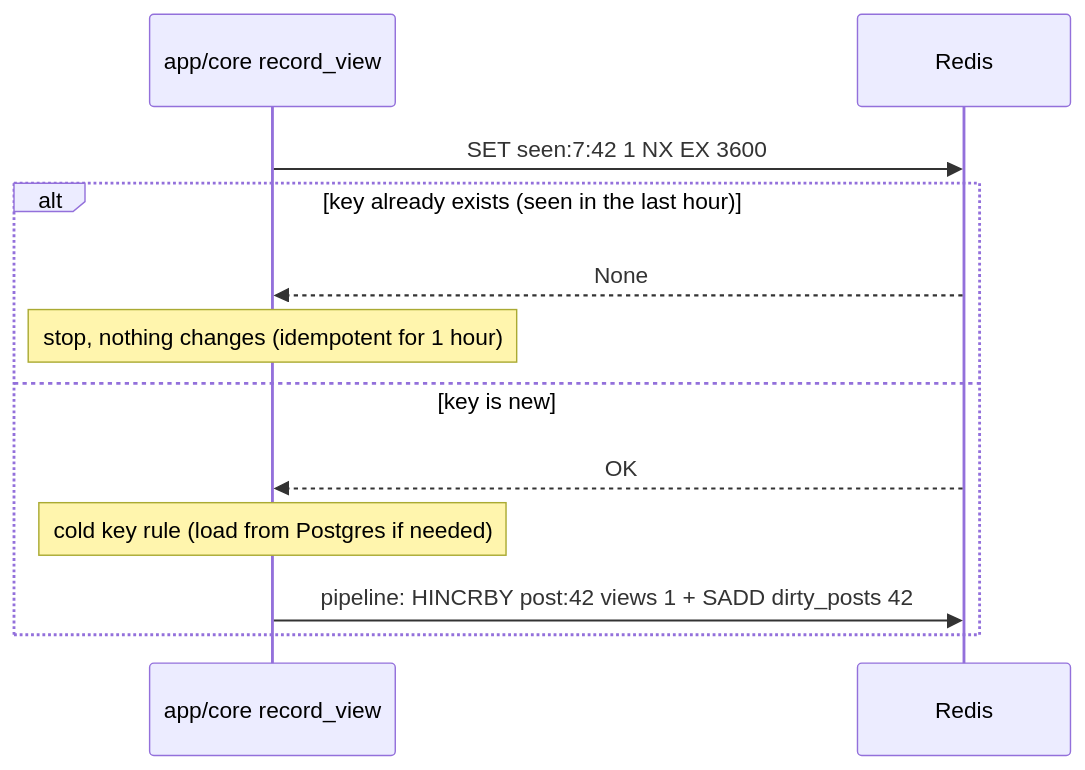
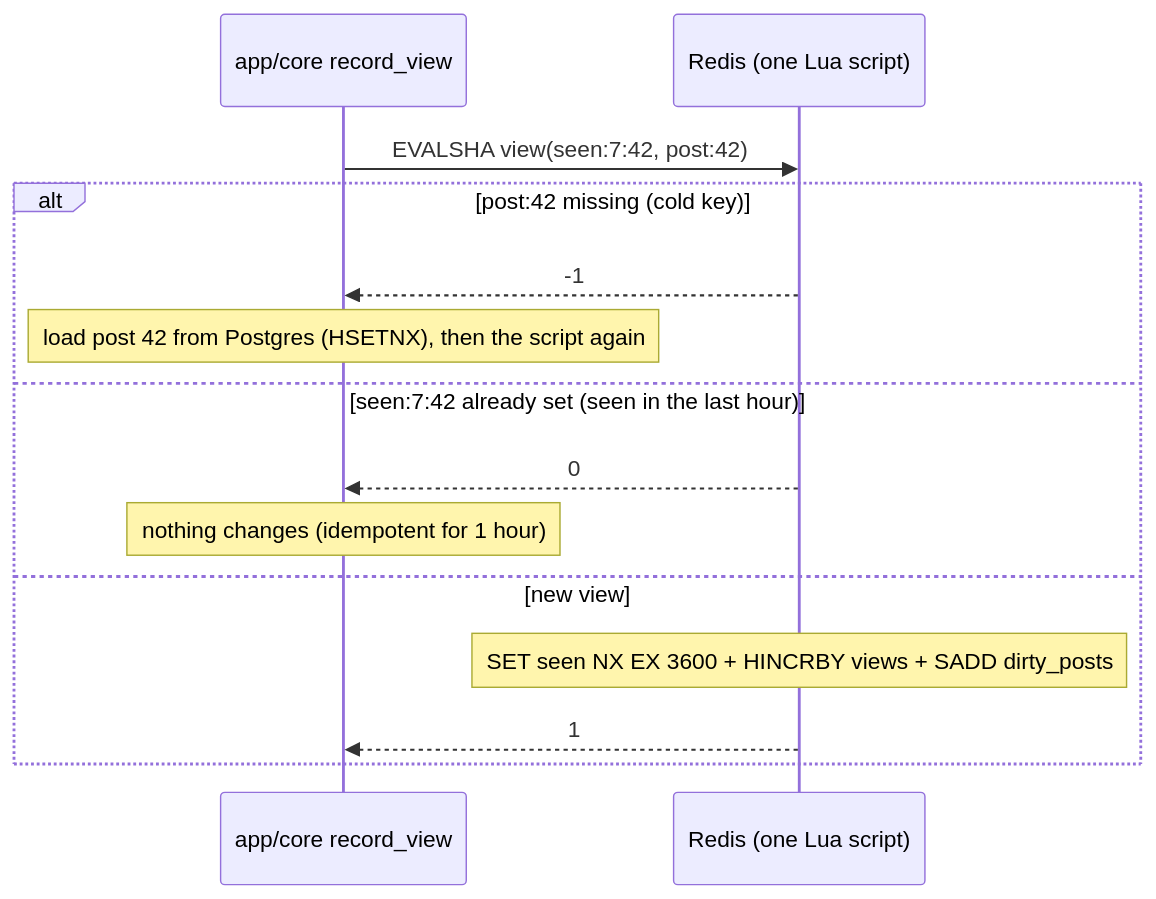
One commit to nursoulqxw/backend-highload-sis2 changed the fifth of 8 diagrams in README.md. Above: the diagram before and after it, drawn with Mermaid. The commit also changed other lines of this file and 83 other files, not shown here.

````diff
--- a/README.md
+++ b/README.md
@@ -307,14 +346,16 @@
 ```mermaid
 sequenceDiagram
     participant Core as app/core record_view
-    participant R as Redis
-    Core->>R: SET seen:7:42 1 NX EX 3600
-    alt key already exists (seen in the last hour)
-        R-->>Core: None
-        Note over Core: stop, nothing changes (idempotent for 1 hour)
-    else key is new
-        R-->>Core: OK
-        Note over Core: cold key rule (load from Postgres if needed)
-        Core->>R: pipeline: HINCRBY post:42 views 1 + SADD dirty_posts 42
+    participant R as Redis (one Lua script)
+    Core->>R: EVALSHA view(seen:7:42, post:42)
+    alt post:42 missing (cold key)
+        R-->>Core: -1
+        Note over Core: load post 42 from Postgres (HSETNX), then the script again
+    else seen:7:42 already set (seen in the last hour)
+        R-->>Core: 0
+        Note over Core: nothing changes (idempotent for 1 hour)
+    else new view
+        Note over R: SET seen NX EX 3600 + HINCRBY views + SADD dirty_posts
+        R-->>Core: 1
     end
 ```
````
